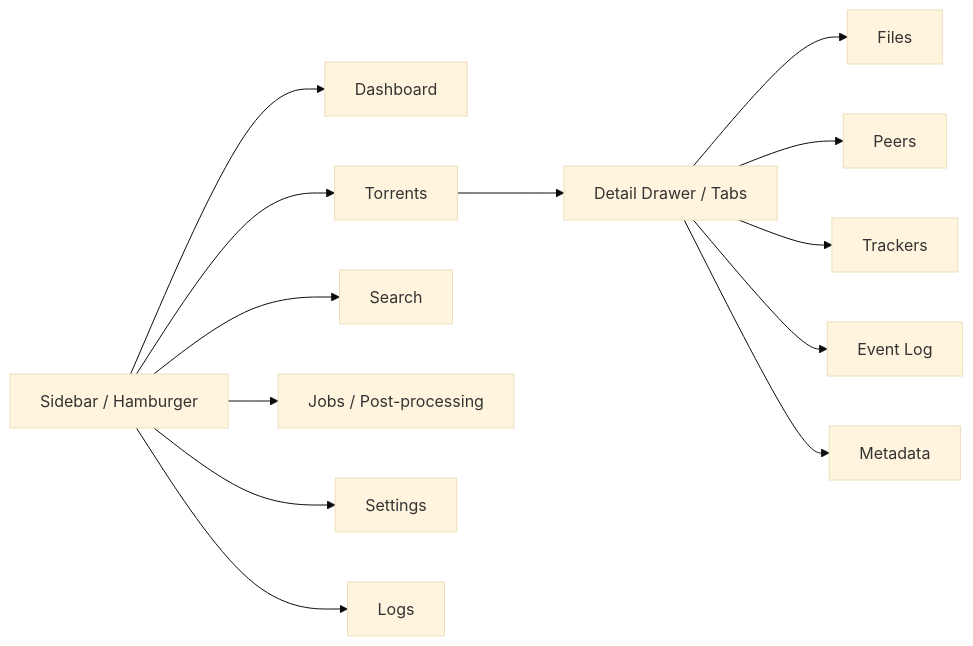
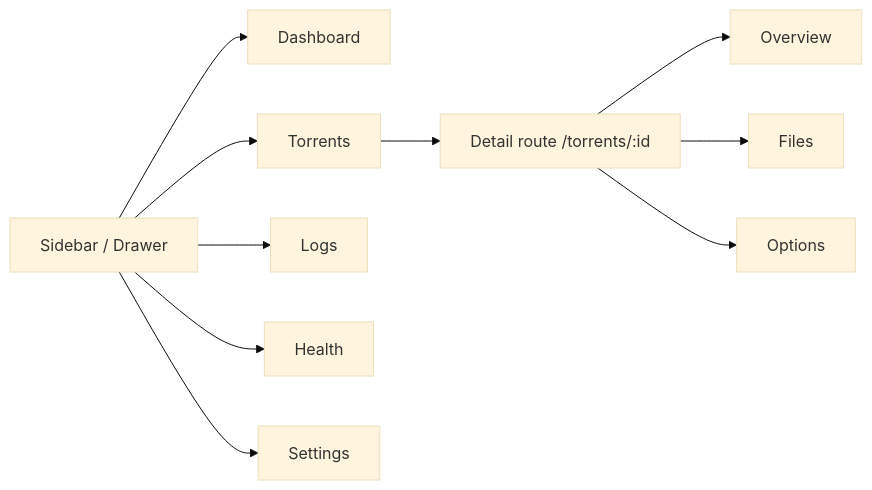
Before and after one commit to VannaDii/Revaer: the first of 4 diagrams in docs/ui/flows.md, drawn with Mermaid (base theme). The commit also changed other lines of this file and 18 other files, not shown here.

````diff
--- a/docs/ui/flows.md
+++ b/docs/ui/flows.md
@@ -7,15 +7,12 @@
 ```mermaid
 flowchart LR
-    Nav[Sidebar / Hamburger] --> Dash[Dashboard]
+    Nav["Sidebar / Drawer"] --> Dash[Dashboard]
     Nav --> Torrents[Torrents]
-    Nav --> Search[Search]
-    Nav --> Jobs[Jobs / Post-processing]
+    Nav --> Logs[Logs]
+    Nav --> Health[Health]
     Nav --> Settings[Settings]
-    Nav --> Logs[Logs]
-    Torrents --> Detail[Detail Drawer / Tabs]
+    Torrents --> Detail["Detail route /torrents/:id"]
+    Detail --> Overview[Overview]
     Detail --> Files[Files]
-    Detail --> Peers[Peers]
-    Detail --> Trackers[Trackers]
-    Detail --> Events[Event Log]
-    Detail --> Info[Metadata]
+    Detail --> Options[Options]
 ```
````
